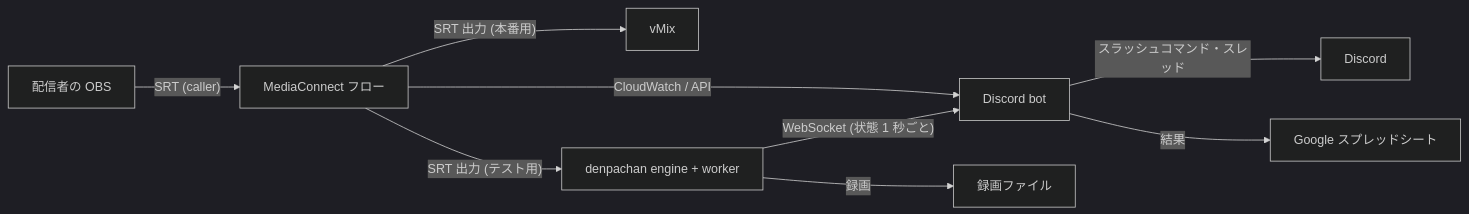
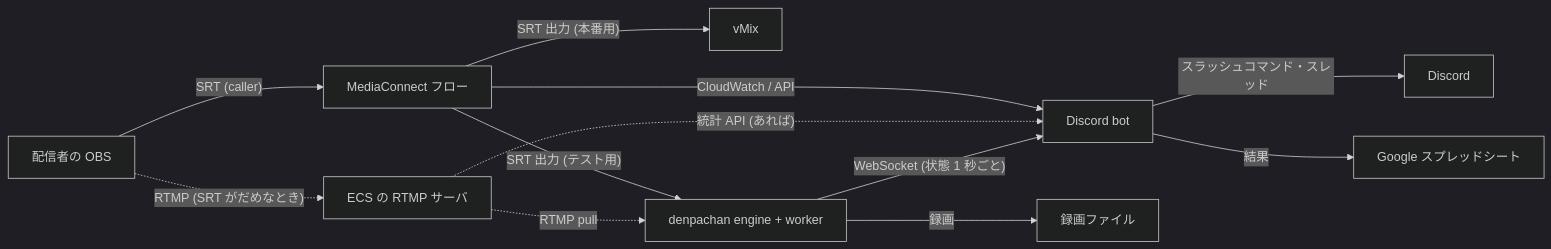
The diagram in docs/stream-test-automation.md (RTAinJapan/denpachan), drawn with Mermaid (dark theme) before and after one commit. The commit also changed other lines of this file, not shown here.

First line of the commit message:
Design: the streamer adjusts latency in OBS; RTMP goes through the ECS server

````diff
--- a/docs/stream-test-automation.md
+++ b/docs/stream-test-automation.md
@@ -36,11 +36,14 @@
 ```mermaid
 flowchart LR
     S[配信者の OBS] -- "SRT (caller)" --> M[MediaConnect フロー]
+    S -. "RTMP (SRT がだめなとき)" .-> T[ECS の RTMP サーバ]
     M -- "SRT 出力 (本番用)" --> V[vMix]
     M -- "SRT 出力 (テスト用)" --> E[denpachan engine + worker]
+    T -. "RTMP pull" .-> E
     M -- "CloudWatch / API" --> B[Discord bot]
+    T -. "統計 API (あれば)" .-> B
     E -- "WebSocket (状態 1 秒ごと)" --> B
     B -- スラッシュコマンド・スレッド --> D[Discord]
     B -- 結果 --> G[Google スプレッドシート]
     E -- 録画 --> R[録画ファイル]
 ```
````
